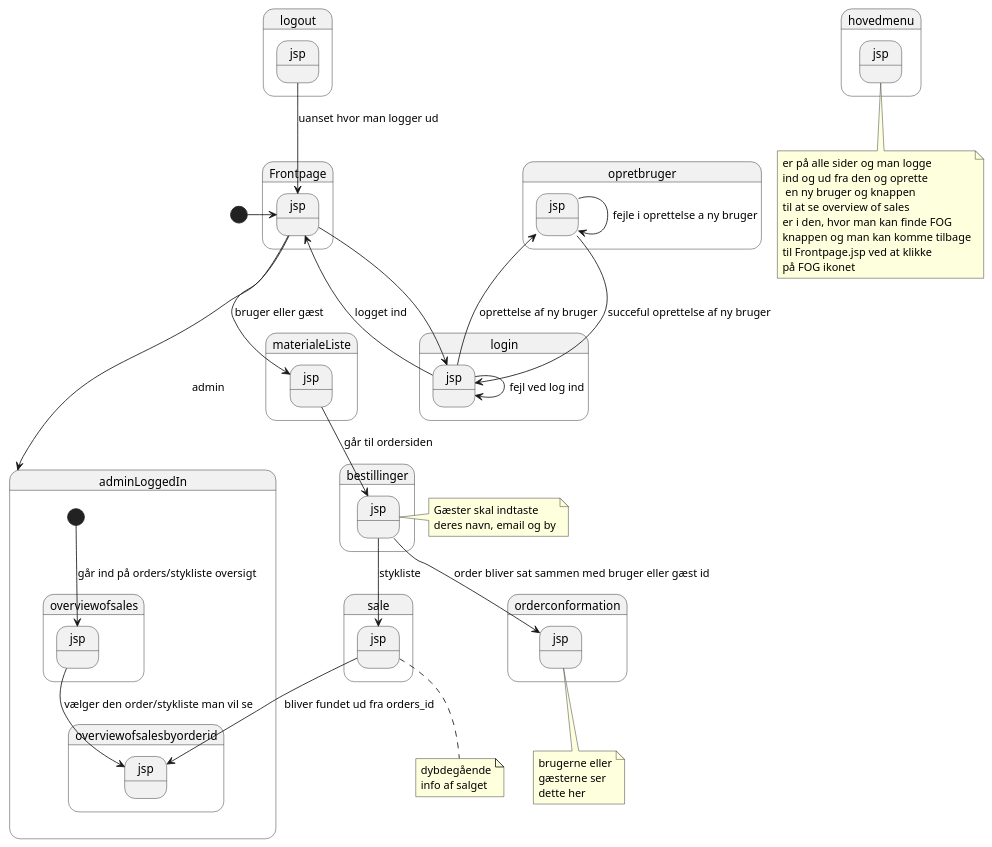
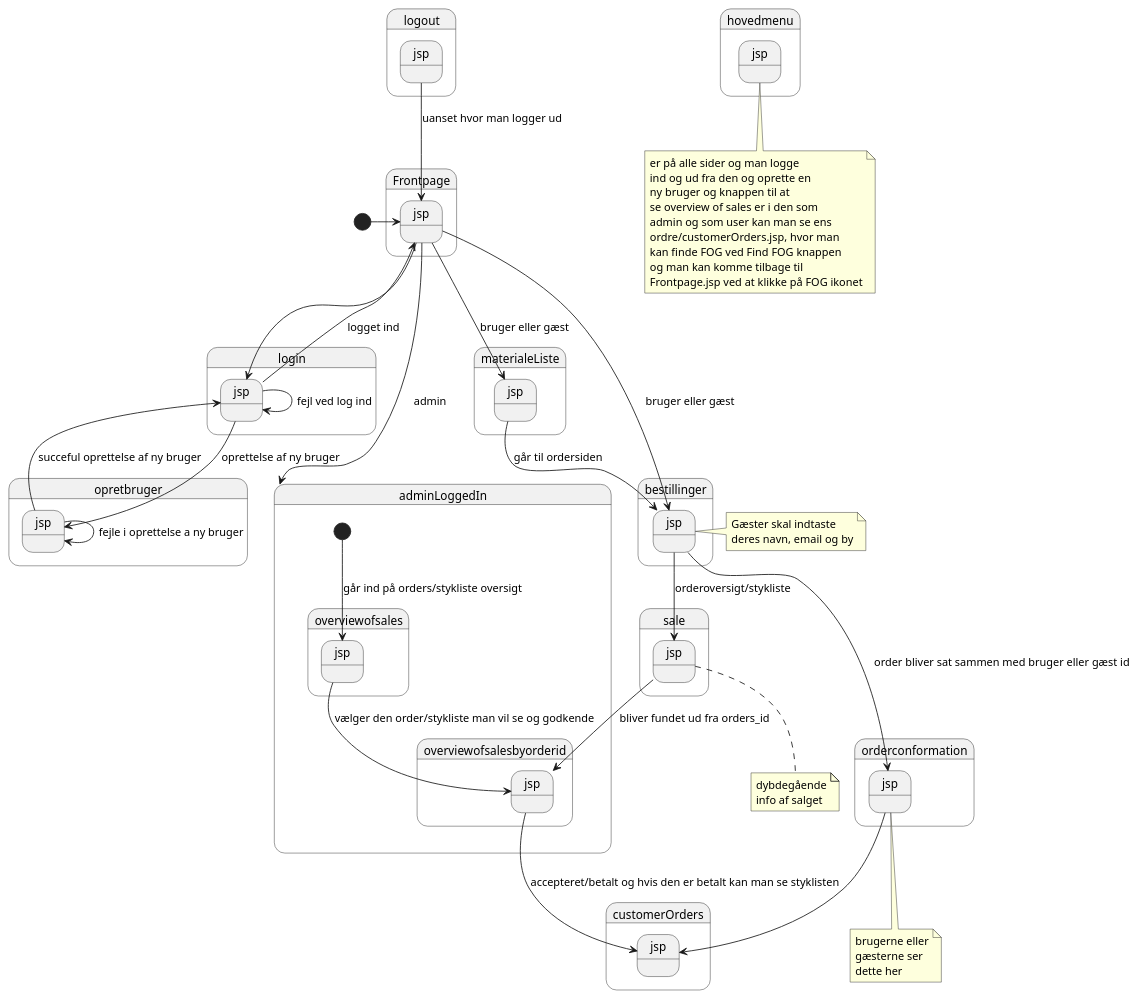
Before and after one commit to DarkDrinker/Carport-eksamensprojekt-2Sem: the diagram in PlantUML/NavigationsDiagram.puml, drawn with PlantUML.

```diff
--- a/PlantUML/NavigationsDiagram.puml
+++ b/PlantUML/NavigationsDiagram.puml
@@ -1,68 +1,72 @@
 @startuml
 'https://plantuml.com/state-diagram
 
 state Frontpage.jsp
 state login.jsp
 state opretbruger.jsp
 state logout.jsp
 state hovedmenu.jsp
 
 
 
 note bottom of hovedmenu.jsp
  er på alle sider og man logge
- ind og ud fra den og oprette
-  en ny bruger og knappen
- til at se overview of sales
- er i den, hvor man kan finde FOG
- knappen og man kan komme tilbage
- til Frontpage.jsp ved at klikke
- på FOG ikonet
+ ind og ud fra den og oprette en
+ ny bruger og knappen til at
+ se overview of sales er i den som
+ admin og som user kan man se ens
+ ordre/customerOrders.jsp, hvor man
+ kan finde FOG ved Find FOG knappen
+ og man kan komme tilbage til
+ Frontpage.jsp ved at klikke på FOG ikonet
 end note
 
 
 
 [*] -right-> Frontpage.jsp
 Frontpage.jsp --> login.jsp
 login.jsp--> Frontpage.jsp :logget ind
 Frontpage.jsp-->adminLoggedIn : admin
 login.jsp --> login.jsp : fejl ved log ind
 login.jsp --> opretbruger.jsp : oprettelse af ny bruger
 opretbruger.jsp --> login.jsp : succeful oprettelse af ny bruger
 opretbruger.jsp --> opretbruger.jsp : fejle i oprettelse a ny bruger
 logout.jsp-->Frontpage.jsp : uanset hvor man logger ud
 
 
 
 Frontpage.jsp --> materialeListe.jsp : bruger eller gæst
   materialeListe.jsp --> bestillinger.jsp : går til ordersiden
-  bestillinger.jsp-->orderconformation.jsp : order bliver sat sammen med bruger eller gæst id
-  bestillinger.jsp-->sale.jsp : stykliste
 
 
+Frontpage.jsp --> bestillinger.jsp : bruger eller gæst
+ bestillinger.jsp-->orderconformation.jsp : order bliver sat sammen med bruger eller gæst id
+ orderconformation.jsp --> customerOrders.jsp
+ bestillinger.jsp-->sale.jsp : orderoversigt/stykliste
 
 note bottom of orderconformation.jsp
 brugerne eller
 gæsterne ser
 dette her
 end note
 
 note bottom of sale.jsp
 dybdegående
 info af salget
 end note
 
 note right of bestillinger.jsp
 Gæster skal indtaste
 deres navn, email og by
 end note
 
 state adminLoggedIn{
 [*]-->overviewofsales.jsp : går ind på orders/stykliste oversigt
-overviewofsales.jsp -->overviewofsalesbyorderid.jsp : vælger den order/stykliste man vil se
+overviewofsales.jsp -->overviewofsalesbyorderid.jsp : vælger den order/stykliste man vil se og godkende
 sale.jsp-->overviewofsalesbyorderid.jsp : bliver fundet ud fra orders_id
+overviewofsalesbyorderid.jsp --> customerOrders.jsp :  accepteret/betalt og hvis den er betalt kan man se styklisten
 }
 
 
 
 @enduml
```
